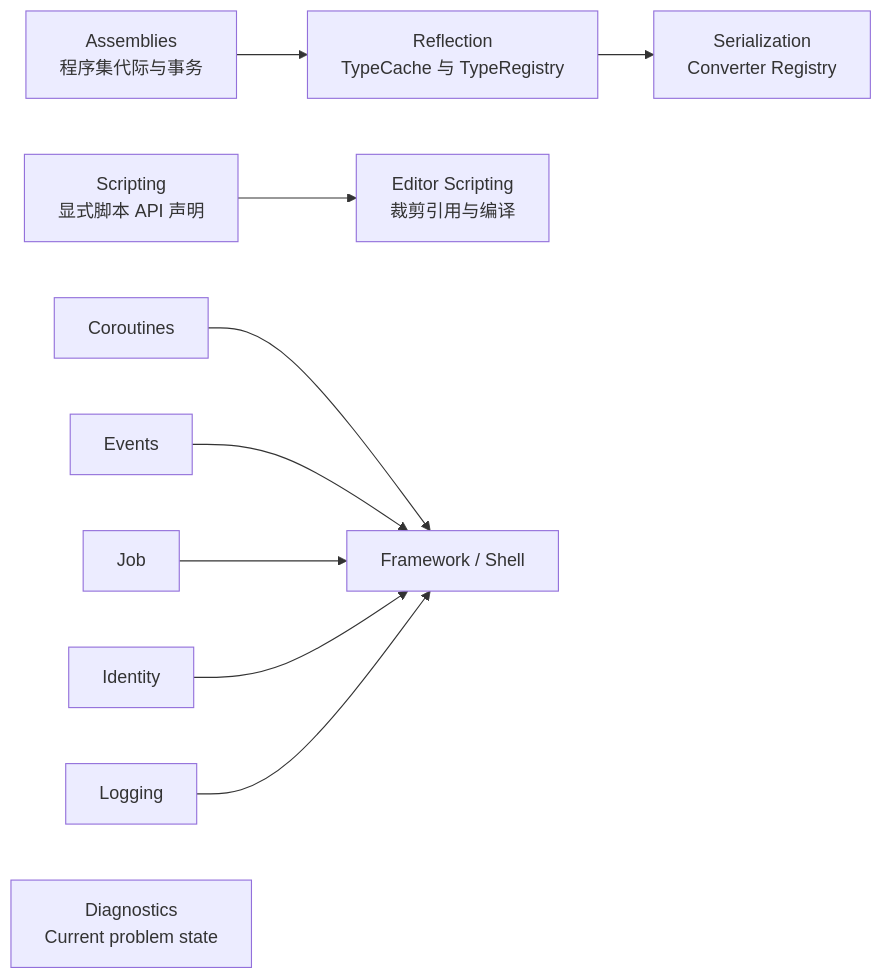
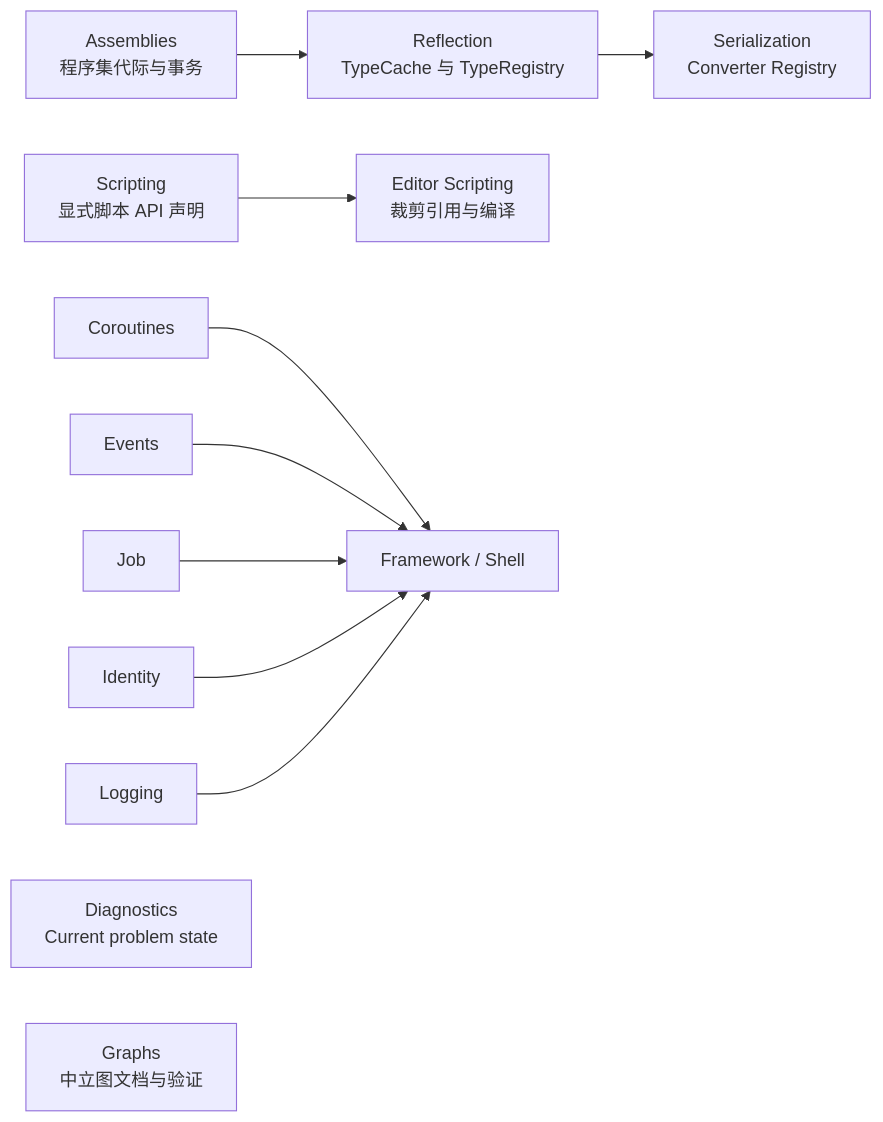
One commit to FLwolfy/InnoEngine changed the diagram in docs/core/README.md. Above: the diagram before and after it, drawn with Mermaid. The commit also changed other lines of this file and 185 other files, not shown here.

Commit message:
Support Very basic rendering architecture

````diff
--- a/docs/core/README.md
+++ b/docs/core/README.md
@@ -7,12 +7,13 @@
 ```mermaid
 flowchart LR
     A["Assemblies<br/>程序集代际与事务"] --> R["Reflection<br/>TypeCache 与 TypeRegistry"]
     SAPI["Scripting<br/>显式脚本 API 声明"] --> ES["Editor Scripting<br/>裁剪引用与编译"]
     R --> S["Serialization<br/>Converter Registry"]
     C["Coroutines"] --> F["Framework / Shell"]
     E["Events"] --> F
     J["Job"] --> F
     I["Identity"] --> F
     L["Logging"] --> F
     D["Diagnostics<br/>Current problem state"]
+    G["Graphs<br/>中立图文档与验证"]
 ```
````
